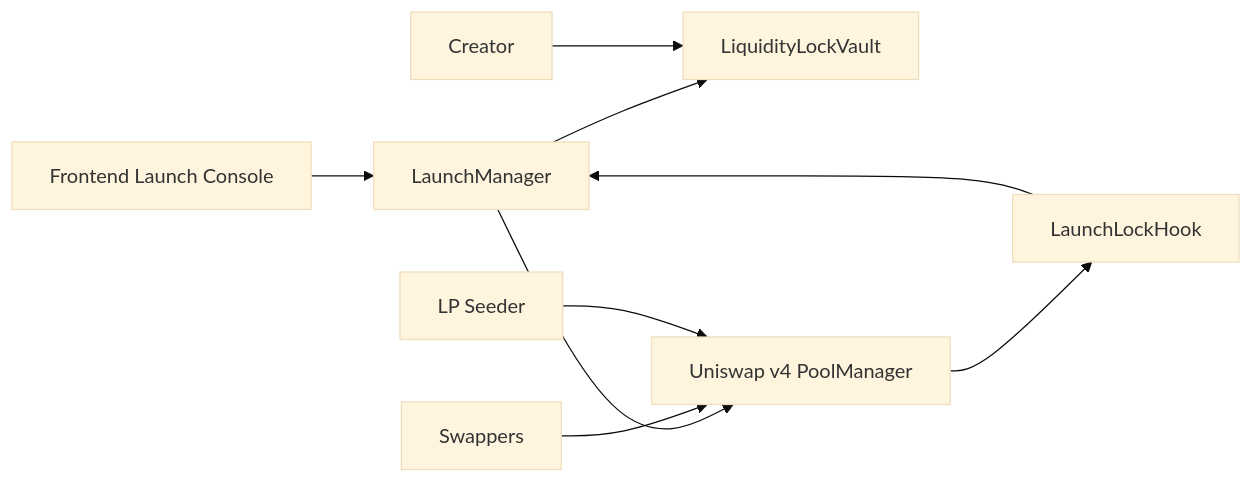
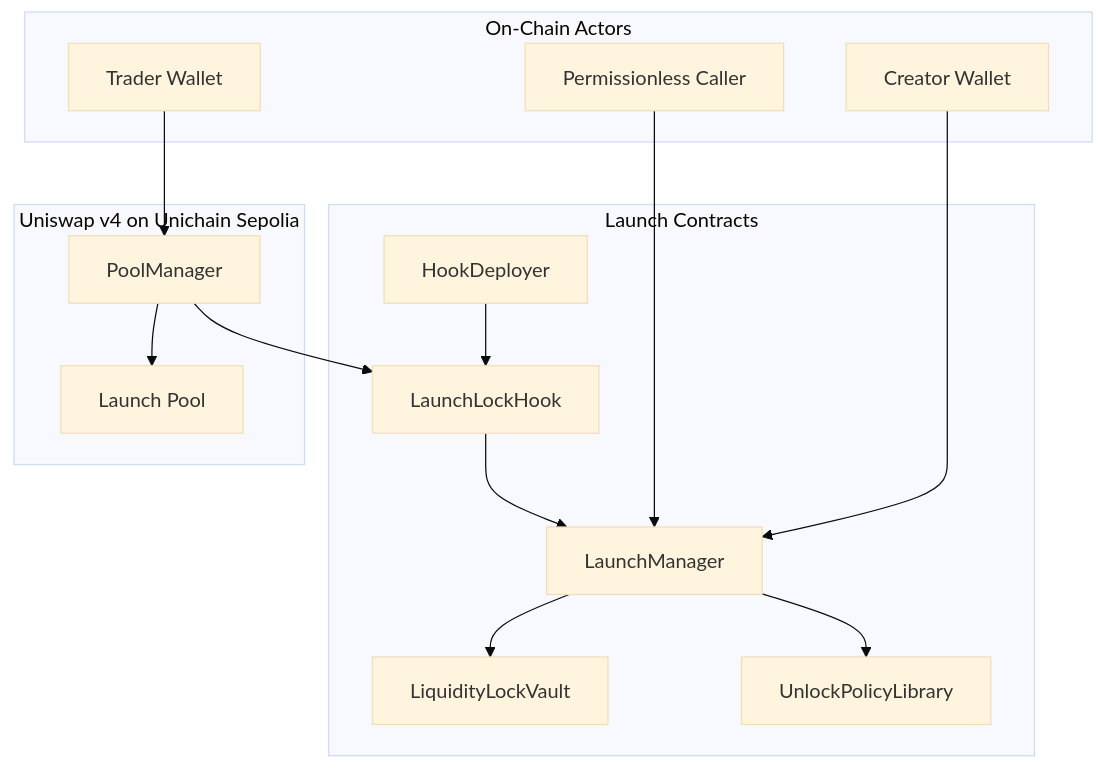
Before and after one commit to josh-hooah/liquidity-locking-and-token-launch-hook: the first of 3 diagrams in README.md, drawn with Mermaid (base theme). The commit also changed other lines of this file, not shown here.

Commit message:
docs: replace README with judge-ready architecture and proof-chain spec

````diff
--- a/README.md
+++ b/README.md
@@ -40,11 +56,31 @@
 ```mermaid
-flowchart LR
-  UI[Frontend Launch Console] --> LM[LaunchManager]
-  LM --> VV[LiquidityLockVault]
-  PM[Uniswap v4 PoolManager] --> HH[LaunchLockHook]
-  HH --> LM
-  LM --> PM
-  SW[Swappers] --> PM
-  LP[LP Seeder] --> PM
-  Creator --> VV
+flowchart TD
+  subgraph Actors["On-Chain Actors"]
+    Creator[Creator Wallet]
+    Trader[Trader Wallet]
+    AnyCaller[Permissionless Caller]
+  end
+
+  subgraph LaunchLayer["Launch Contracts"]
+    LM[LaunchManager]
+    HK[LaunchLockHook]
+    VV[LiquidityLockVault]
+    UL[UnlockPolicyLibrary]
+    HD[HookDeployer]
+  end
+
+  subgraph UniLayer["Uniswap v4 on Unichain Sepolia"]
+    PM[PoolManager]
+    Pool[Launch Pool]
+  end
+
+  Creator --> LM
+  AnyCaller --> LM
+  Trader --> PM
+  PM --> HK
+  HK --> LM
+  LM --> UL
+  LM --> VV
+  HD --> HK
+  PM --> Pool
 ```
````
